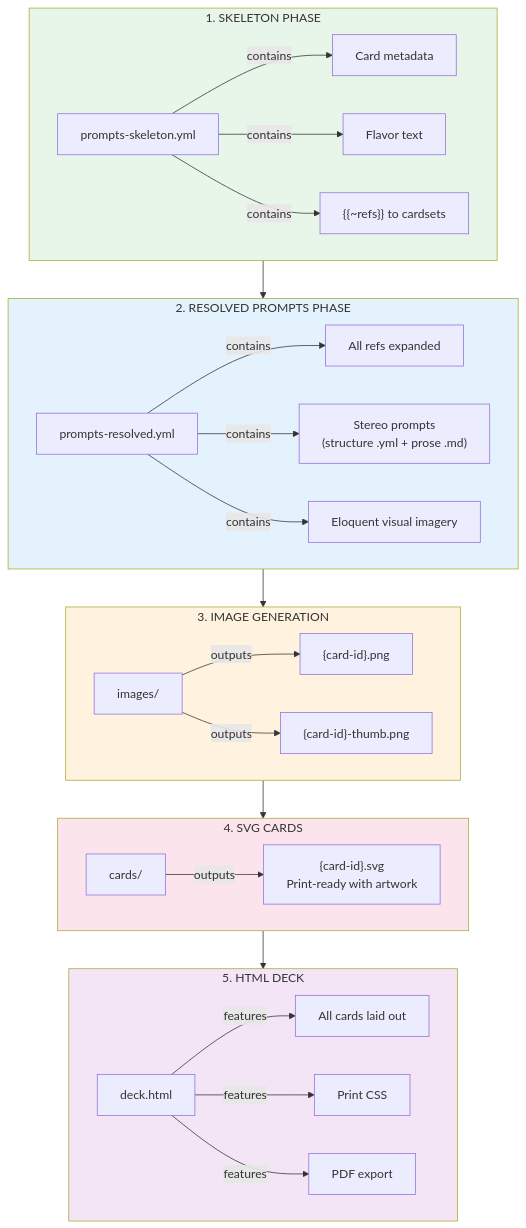
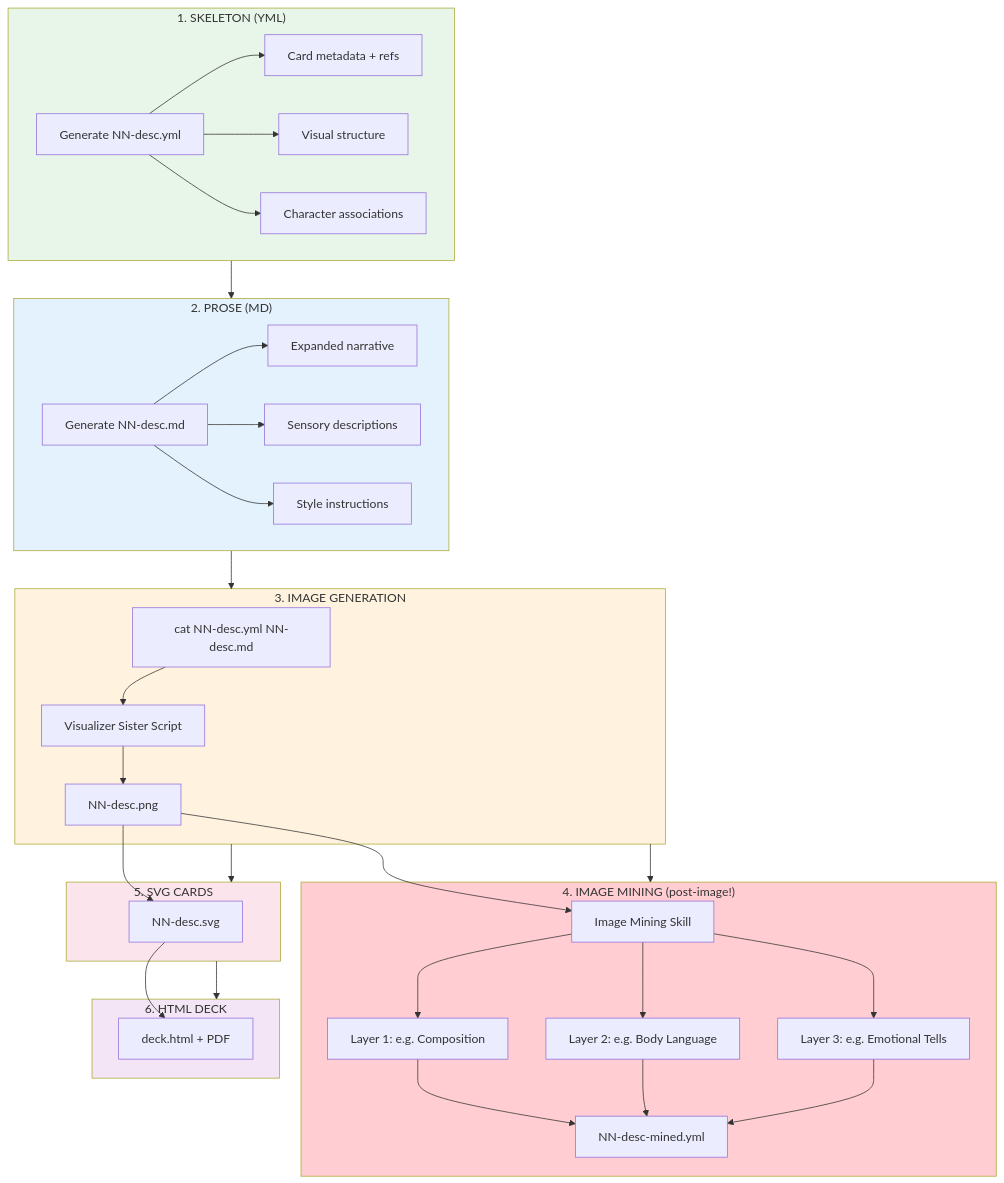
One commit to SimHacker/moollm changed the first of 3 diagrams in skills/experiment/experiments/fluxx-chaos/runs/amsterdam-flux/artwork/ARTWORK.md. Above: the diagram before and after it, drawn with Mermaid. The commit also changed other lines of this file, not shown here.

First line of the commit message:
[ARTWORK] Correct pipeline: Mining happens AFTER image generation!

````diff
--- a/skills/experiment/experiments/fluxx-chaos/runs/amsterdam-flux/artwork/ARTWORK.md
+++ b/skills/experiment/experiments/fluxx-chaos/runs/amsterdam-flux/artwork/ARTWORK.md
@@ -11,45 +10,51 @@
 ```mermaid
 flowchart TD
-    subgraph PHASE1["1. SKELETON PHASE"]
-        SK[prompts-skeleton.yml]
-        SK --> |contains| M1[Card metadata]
-        SK --> |contains| M2[Flavor text]
-        SK --> |contains| M3["{{~refs}} to cardsets"]
+    subgraph STEP1["1. SKELETON (YML)"]
+        S1[Generate NN-desc.yml]
+        S1 --> S1a[Card metadata + refs]
+        S1 --> S1b[Visual structure]
+        S1 --> S1c[Character associations]
     end
 
-    subgraph PHASE2["2. RESOLVED PROMPTS PHASE"]
-        RP[prompts-resolved.yml]
-        RP --> |contains| R1[All refs expanded]
-        RP --> |contains| R2["Stereo prompts<br/>(structure .yml + prose .md)"]
-        RP --> |contains| R3[Eloquent visual imagery]
+    subgraph STEP2["2. PROSE (MD)"]
+        S2[Generate NN-desc.md]
+        S2 --> S2a[Expanded narrative]
+        S2 --> S2b[Sensory descriptions]
+        S2 --> S2c[Style instructions]
     end
 
-    subgraph PHASE3["3. IMAGE GENERATION"]
-        IMG[images/]
-        IMG --> |outputs| I1["{card-id}.png"]
-        IMG --> |outputs| I2["{card-id}-thumb.png"]
+    subgraph STEP3["3. IMAGE GENERATION"]
+        S3["cat NN-desc.yml NN-desc.md"]
+        S3 --> VIS[Visualizer Sister Script]
+        VIS --> IMG[NN-desc.png]
     end
 
-    subgraph PHASE4["4. SVG CARDS"]
-        SVG[cards/]
-        SVG --> |outputs| S1["{card-id}.svg<br/>Print-ready with artwork"]
+    subgraph STEP4["4. IMAGE MINING (post-image!)"]
+        IMG --> MINE[Image Mining Skill]
+        MINE --> L1[Layer 1: e.g. Composition]
+        MINE --> L2[Layer 2: e.g. Body Language]
+        MINE --> L3[Layer 3: e.g. Emotional Tells]
+        L1 & L2 & L3 --> MINED[NN-desc-mined.yml]
     end
 
-    subgraph PHASE5["5. HTML DECK"]
-        HTML[deck.html]
-        HTML --> |features| H1[All cards laid out]
-        HTML --> |features| H2[Print CSS]
-        HTML --> |features| H3[PDF export]
+    subgraph STEP5["5. SVG CARDS"]
+        IMG --> SVG[NN-desc.svg]
     end
 
-    PHASE1 --> PHASE2
-    PHASE2 --> PHASE3
-    PHASE3 --> PHASE4
-    PHASE4 --> PHASE5
+    subgraph STEP6["6. HTML DECK"]
+        SVG --> HTML[deck.html + PDF]
+    end
 
-    style PHASE1 fill:#e8f5e9
-    style PHASE2 fill:#e3f2fd
-    style PHASE3 fill:#fff3e0
-    style PHASE4 fill:#fce4ec
-    style PHASE5 fill:#f3e5f5
+    STEP1 --> STEP2
+    STEP2 --> STEP3
+    STEP3 --> STEP4
+    STEP3 --> STEP5
+    STEP5 --> STEP6
+
+    style STEP1 fill:#e8f5e9
+    style STEP2 fill:#e3f2fd
+    style STEP3 fill:#fff3e0
+    style STEP4 fill:#ffcdd2
+    style STEP5 fill:#fce4ec
+    style STEP6 fill:#f3e5f5
 ```
````
